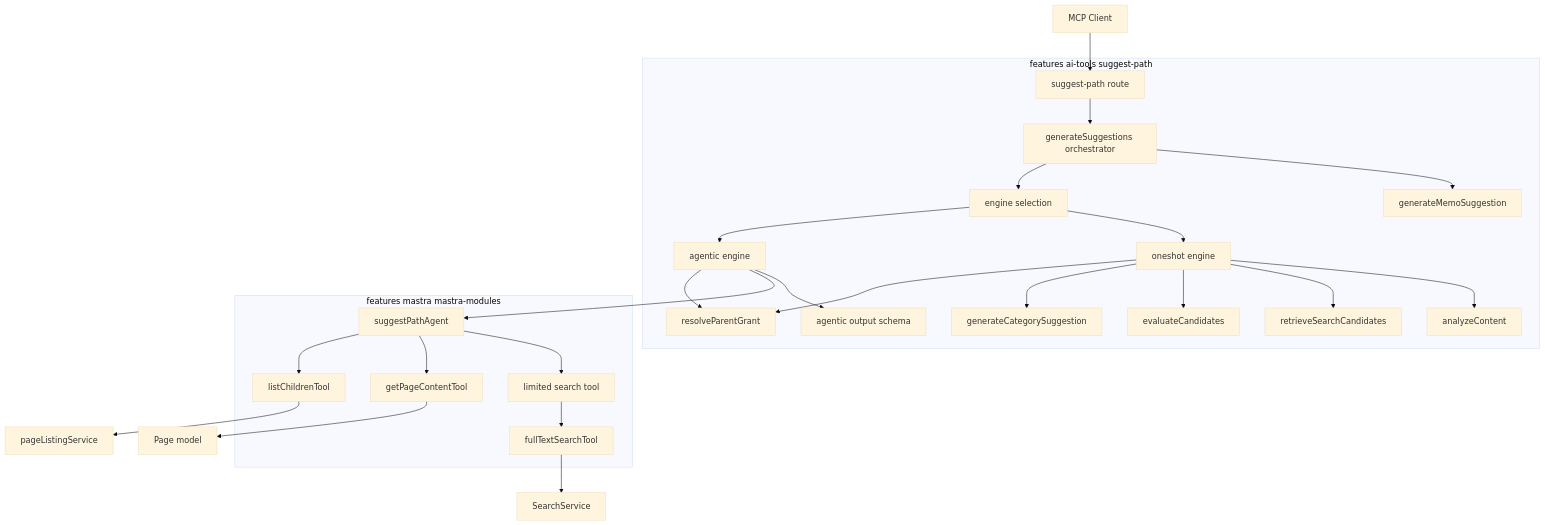
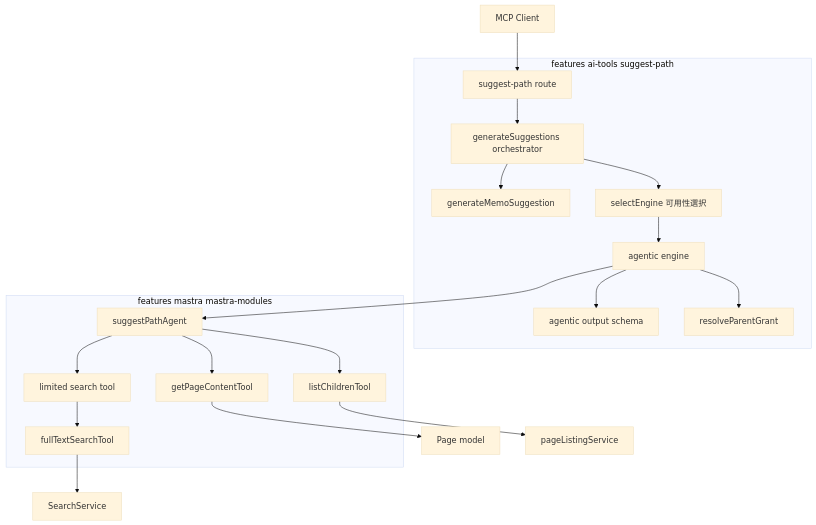
One commit to growilabs/growi changed the first of 2 diagrams in .kiro/specs/suggest-path-agentic/design.md. Above: the diagram before and after it, drawn with Mermaid (base theme). The commit also changed other lines of this file and 3 other files, not shown here.

````diff
--- a/.kiro/specs/suggest-path-agentic/design.md
+++ b/.kiro/specs/suggest-path-agentic/design.md
@@ -91,47 +79,36 @@
 ```mermaid
 graph TB
     Client[MCP Client] --> Route[suggest-path route]
     Route --> Orch[generateSuggestions orchestrator]
     Orch --> Memo[generateMemoSuggestion]
-    Orch --> Disp[engine selection]
-    Disp --> OneshotEng[oneshot engine]
-    Disp --> AgenticEng[agentic engine]
-    OneshotEng --> Analyze[analyzeContent]
-    OneshotEng --> Retrieve[retrieveSearchCandidates]
-    OneshotEng --> Evaluate[evaluateCandidates]
-    OneshotEng --> Category[generateCategorySuggestion]
+    Orch --> Sel[selectEngine 可用性選択]
+    Sel --> AgenticEng[agentic engine]
     AgenticEng --> Schema[agentic output schema]
     AgenticEng --> Agent[suggestPathAgent]
     AgenticEng --> Grant[resolveParentGrant]
-    OneshotEng --> Grant
     Agent --> Limited[limited search tool]
     Agent --> PageTool[getPageContentTool]
     Agent --> ListChildren[listChildrenTool]
     Limited --> FullText[fullTextSearchTool]
     FullText --> ES[SearchService]
     PageTool --> Mongo[Page model]
     ListChildren --> PageListing[pageListingService]
 
     subgraph aitools [features ai-tools suggest-path]
         Route
         Orch
         Memo
-        Disp
-        OneshotEng
+        Sel
         AgenticEng
         Schema
         Grant
-        Analyze
-        Retrieve
-        Evaluate
-        Category
     end
 
     subgraph mastra [features mastra mastra-modules]
         Agent
         Limited
         FullText
         PageTool
         ListChildren
     end
 ```
````
